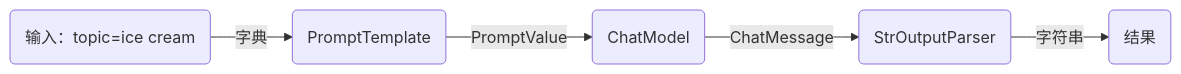
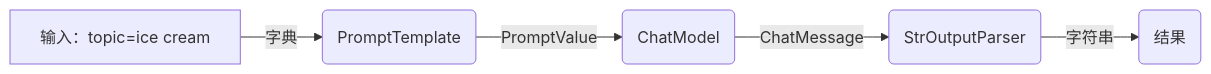
One commit to DoutzenYe/DoutzenYe changed the second of 2 diagrams in AI开源底座.md. Above: the diagram before and after it, drawn with Mermaid. The commit also changed other lines of this file, not shown here.

````diff
--- a/AI开源底座.md
+++ b/AI开源底座.md
@@ -132,7 +133,7 @@
 ```mermaid
 graph LR
-A(输入：topic=ice cream) --> |字典| B(PromptTemplate)  
+A[输入：topic=ice cream] --> |字典| B(PromptTemplate)  
 B -->|PromptValue| C(ChatModel)  
 C -->|ChatMessage| D(StrOutputParser)  
 D --> |字符串| F(结果)
 ```
````
